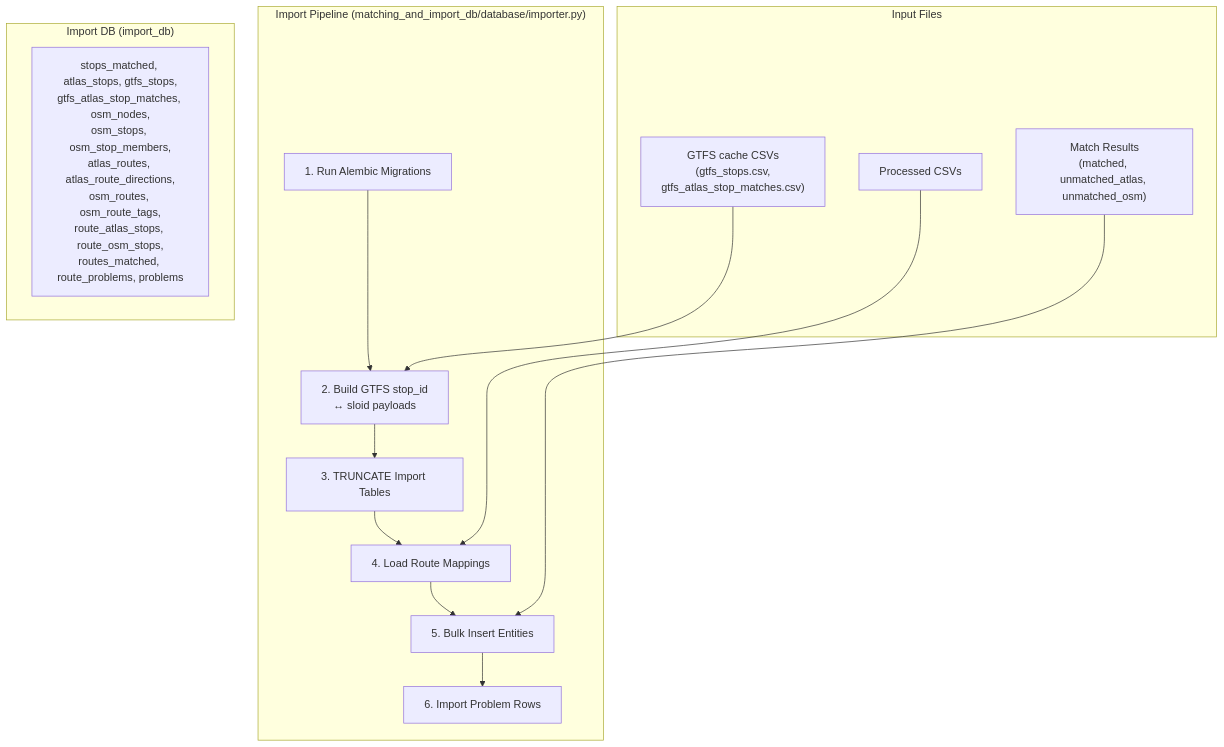
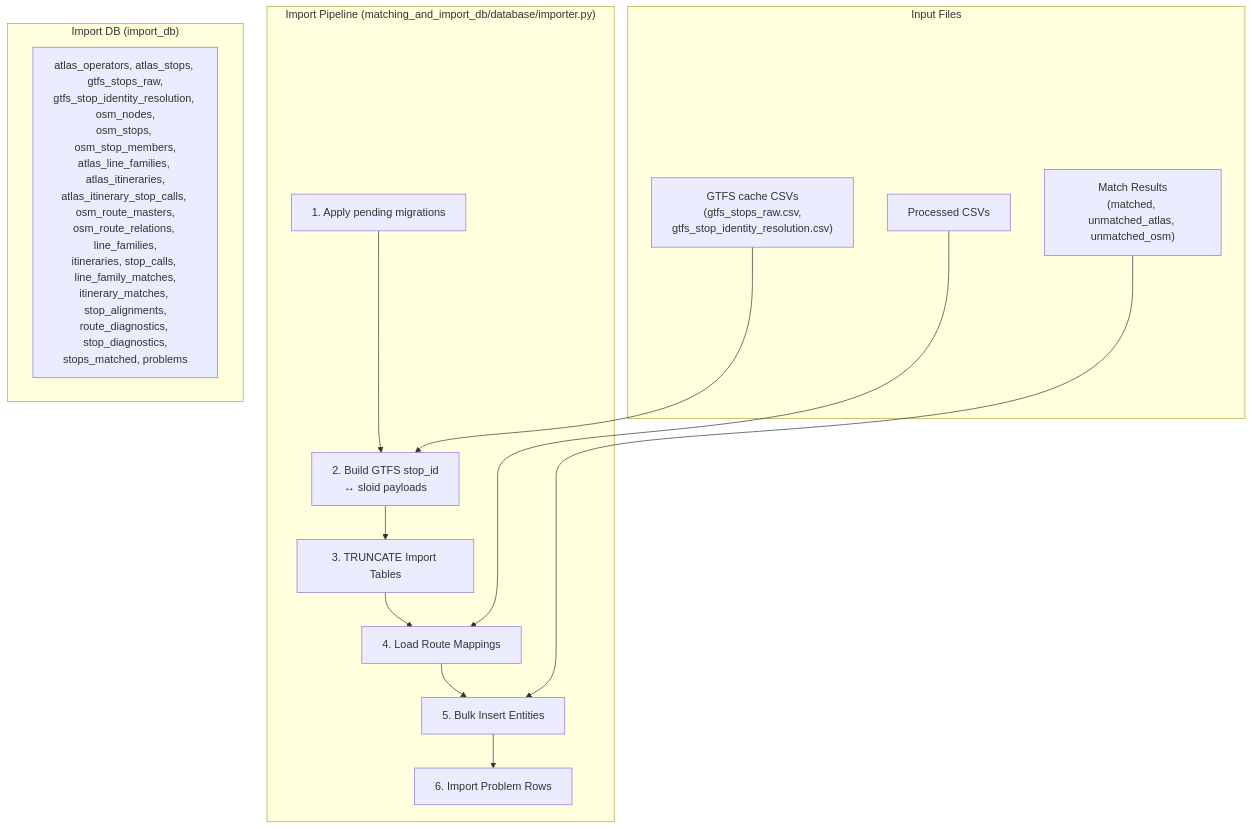
The diagram in documentation/4.1 Import Process.md (openTdataCH/stop_sync_osm_atlas), drawn with Mermaid before and after one commit. The commit also changed other lines of this file and 59 other files, not shown here.

````diff
--- a/documentation/4.1 Import Process.md
+++ b/documentation/4.1 Import Process.md
@@ -12,26 +12,26 @@
 ```mermaid
 flowchart TB
     subgraph Input["Input Files"]
         CSV["Processed CSVs"]
-        GTFS["GTFS cache CSVs<br/>(gtfs_stops.csv,<br/>gtfs_atlas_stop_matches.csv)"]
+        GTFS["GTFS cache CSVs<br/>(gtfs_stops_raw.csv,<br/>gtfs_stop_identity_resolution.csv)"]
         Match["Match Results<br/>(matched, unmatched_atlas, unmatched_osm)"]
     end
 
     subgraph Import["Import Pipeline (matching_and_import_db/database/importer.py)"]
-        M["1. Run Alembic Migrations"]
+        M["1. Apply pending migrations"]
         G["2. Build GTFS stop_id<br/>↔ sloid payloads"]
         C["3. TRUNCATE Import Tables"]
         R["4. Load Route Mappings"]
         I["5. Bulk Insert Entities"]
         P["6. Import Problem Rows"]
         M --> G --> C --> R --> I --> P
     end
 
     subgraph ImportDB["Import DB (import_db)"]
-        Op["stops_matched, atlas_stops, gtfs_stops,<br/>gtfs_atlas_stop_matches, osm_nodes,<br/>osm_stops, osm_stop_members,<br/>atlas_routes, atlas_route_directions,<br/>osm_routes, osm_route_tags,<br/>route_atlas_stops, route_osm_stops,<br/>routes_matched, route_problems, problems"]
+        Op["atlas_operators, atlas_stops, gtfs_stops_raw,<br/>gtfs_stop_identity_resolution, osm_nodes,<br/>osm_stops, osm_stop_members,<br/>atlas_line_families, atlas_itineraries,<br/>atlas_itinerary_stop_calls, osm_route_masters,<br/>osm_route_relations, line_families,<br/>itineraries, stop_calls, line_family_matches,<br/>itinerary_matches, stop_alignments,<br/>route_diagnostics, stop_diagnostics,<br/>stops_matched, problems"]
     end
 
     CSV --> R
     GTFS --> G
     Match --> I
 ```
````
